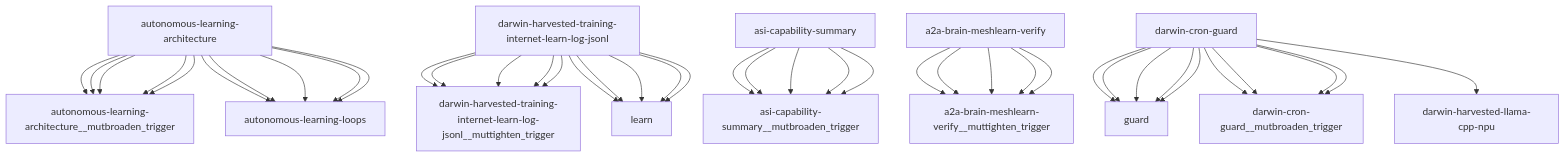
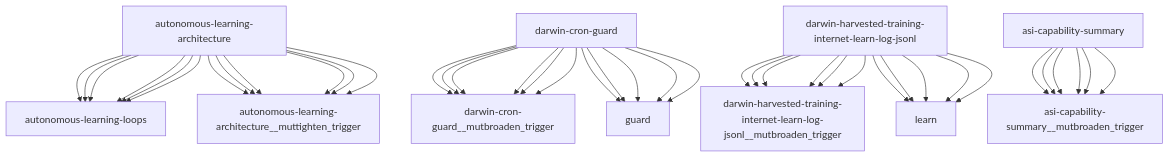
One commit to openamer/openamer changed the diagram in reports/darwin-report.md. Above: the diagram before and after it, drawn with Mermaid. The commit also changed other lines of this file and 9 other files, not shown here.

````diff
--- a/reports/darwin-report.md
+++ b/reports/darwin-report.md
@@ -75,43 +74,43 @@
 ```mermaid
 graph TD
-    autonomous-learning-architecture["autonomous-learning-architecture"] --> autonomous-learning-architecture__mutbroaden_trigger["autonomous-learning-architecture__mutbroaden_trigger"]
-    darwin-harvested-training-internet-learn-log-jsonl["darwin-harvested-training-internet-learn-log-jsonl"] --> darwin-harvested-training-internet-learn-log-jsonl__muttighten_trigger["darwin-harvested-training-internet-learn-log-jsonl__muttighten_trigger"]
+    autonomous-learning-architecture["autonomous-learning-architecture"] --> autonomous-learning-loops["autonomous-learning-loops"]
+    darwin-cron-guard["darwin-cron-guard"] --> darwin-cron-guard__mutbroaden_trigger["darwin-cron-guard__mutbroaden_trigger"]
+    darwin-harvested-training-internet-learn-log-jsonl["darwin-harvested-training-internet-learn-log-jsonl"] --> darwin-harvested-training-internet-learn-log-jsonl__mutbroaden_trigger["darwin-harvested-training-internet-learn-log-jsonl__mutbroaden_trigger"]
+    autonomous-learning-architecture["autonomous-learning-architecture"] --> autonomous-learning-architecture__muttighten_trigger["autonomous-learning-architecture__muttighten_trigger"]
     asi-capability-summary["asi-capability-summary"] --> asi-capability-summary__mutbroaden_trigger["asi-capability-summary__mutbroaden_trigger"]
-    a2a-brain-meshlearn-verify["a2a-brain-meshlearn-verify"] --> a2a-brain-meshlearn-verify__muttighten_trigger["a2a-brain-meshlearn-verify__muttighten_trigger"]
     darwin-cron-guard["darwin-cron-guard"] --> guard["guard"]
+    darwin-harvested-training-internet-learn-log-jsonl["darwin-harvested-training-internet-learn-log-jsonl"] --> learn["learn"]
     autonomous-learning-architecture["autonomous-learning-architecture"] --> autonomous-learning-loops["autonomous-learning-loops"]
+    darwin-cron-guard["darwin-cron-guard"] --> darwin-cron-guard__mutbroaden_trigger["darwin-cron-guard__mutbroaden_trigger"]
+    darwin-harvested-training-internet-learn-log-jsonl["darwin-harvested-training-internet-learn-log-jsonl"] --> darwin-harvested-training-internet-learn-log-jsonl__mutbroaden_trigger["darwin-harvested-training-internet-learn-log-jsonl__mutbroaden_trigger"]
+    autonomous-learning-architecture["autonomous-learning-architecture"] --> autonomous-learning-architecture__muttighten_trigger["autonomous-learning-architecture__muttighten_trigger"]
+    asi-capability-summary["asi-capability-summary"] --> asi-capability-summary__mutbroaden_trigger["asi-capability-summary__mutbroaden_trigger"]
+    darwin-cron-guard["darwin-cron-guard"] --> guard["guard"]
     darwin-harvested-training-internet-learn-log-jsonl["darwin-harvested-training-internet-learn-log-jsonl"] --> learn["learn"]
+    autonomous-learning-architecture["autonomous-learning-architecture"] --> autonomous-learning-loops["autonomous-learning-loops"]
     darwin-cron-guard["darwin-cron-guard"] --> darwin-cron-guard__mutbroaden_trigger["darwin-cron-guard__mutbroaden_trigger"]
-    autonomous-learning-architecture["autonomous-learning-architecture"] --> autonomous-learning-architecture__mutbroaden_trigger["autonomous-learning-architecture__mutbroaden_trigger"]
-    darwin-harvested-training-internet-learn-log-jsonl["darwin-harvested-training-internet-learn-log-jsonl"] --> darwin-harvested-training-internet-learn-log-jsonl__muttighten_trigger["darwin-harvested-training-internet-learn-log-jsonl__muttighten_trigger"]
+    darwin-harvested-training-internet-learn-log-jsonl["darwin-harvested-training-internet-learn-log-jsonl"] --> darwin-harvested-training-internet-learn-log-jsonl__mutbroaden_trigger["darwin-harvested-training-internet-learn-log-jsonl__mutbroaden_trigger"]
+    autonomous-learning-architecture["autonomous-learning-architecture"] --> autonomous-learning-architecture__muttighten_trigger["autonomous-learning-architecture__muttighten_trigger"]
     asi-capability-summary["asi-capability-summary"] --> asi-capability-summary__mutbroaden_trigger["asi-capability-summary__mutbroaden_trigger"]
-    a2a-brain-meshlearn-verify["a2a-brain-meshlearn-verify"] --> a2a-brain-meshlearn-verify__muttighten_trigger["a2a-brain-meshlearn-verify__muttighten_trigger"]
+    darwin-cron-guard["darwin-cron-guard"] --> darwin-cron-guard__mutbroaden_trigger["darwin-cron-guard__mutbroaden_trigger"]
+    darwin-harvested-training-internet-learn-log-jsonl["darwin-harvested-training-internet-learn-log-jsonl"] --> darwin-harvested-training-internet-learn-log-jsonl__mutbroaden_trigger["darwin-harvested-training-internet-learn-log-jsonl__mutbroaden_trigger"]
+    autonomous-learning-architecture["autonomous-learning-architecture"] --> autonomous-learning-architecture__muttighten_trigger["autonomous-learning-architecture__muttighten_trigger"]
+    asi-capability-summary["asi-capability-summary"] --> asi-capability-summary__mutbroaden_trigger["asi-capability-summary__mutbroaden_trigger"]
     darwin-cron-guard["darwin-cron-guard"] --> guard["guard"]
+    darwin-harvested-training-internet-learn-log-jsonl["darwin-harvested-training-internet-learn-log-jsonl"] --> learn["learn"]
     autonomous-learning-architecture["autonomous-learning-architecture"] --> autonomous-learning-loops["autonomous-learning-loops"]
+    darwin-cron-guard["darwin-cron-guard"] --> darwin-cron-guard__mutbroaden_trigger["darwin-cron-guard__mutbroaden_trigger"]
+    darwin-harvested-training-internet-learn-log-jsonl["darwin-harvested-training-internet-learn-log-jsonl"] --> darwin-harvested-training-internet-learn-log-jsonl__mutbroaden_trigger["darwin-harvested-training-internet-learn-log-jsonl__mutbroaden_trigger"]
+    autonomous-learning-architecture["autonomous-learning-architecture"] --> autonomous-learning-architecture__muttighten_trigger["autonomous-learning-architecture__muttighten_trigger"]
+    asi-capability-summary["asi-capability-summary"] --> asi-capability-summary__mutbroaden_trigger["asi-capability-summary__mutbroaden_trigger"]
+    darwin-cron-guard["darwin-cron-guard"] --> guard["guard"]
     darwin-harvested-training-internet-learn-log-jsonl["darwin-harvested-training-internet-learn-log-jsonl"] --> learn["learn"]
+    autonomous-learning-architecture["autonomous-learning-architecture"] --> autonomous-learning-loops["autonomous-learning-loops"]
     darwin-cron-guard["darwin-cron-guard"] --> darwin-cron-guard__mutbroaden_trigger["darwin-cron-guard__mutbroaden_trigger"]
-    autonomous-learning-architecture["autonomous-learning-architecture"] --> autonomous-learning-architecture__mutbroaden_trigger["autonomous-learning-architecture__mutbroaden_trigger"]
-    darwin-harvested-training-internet-learn-log-jsonl["darwin-harvested-training-internet-learn-log-jsonl"] --> darwin-harvested-training-internet-learn-log-jsonl__muttighten_trigger["darwin-harvested-training-internet-learn-log-jsonl__muttighten_trigger"]
+    darwin-harvested-training-internet-learn-log-jsonl["darwin-harvested-training-internet-learn-log-jsonl"] --> darwin-harvested-training-internet-learn-log-jsonl__mutbroaden_trigger["darwin-harvested-training-internet-learn-log-jsonl__mutbroaden_trigger"]
+    autonomous-learning-architecture["autonomous-learning-architecture"] --> autonomous-learning-architecture__muttighten_trigger["autonomous-learning-architecture__muttighten_trigger"]
     asi-capability-summary["asi-capability-summary"] --> asi-capability-summary__mutbroaden_trigger["asi-capability-summary__mutbroaden_trigger"]
-    a2a-brain-meshlearn-verify["a2a-brain-meshlearn-verify"] --> a2a-brain-meshlearn-verify__muttighten_trigger["a2a-brain-meshlearn-verify__muttighten_trigger"]
     darwin-cron-guard["darwin-cron-guard"] --> guard["guard"]
+    darwin-harvested-training-internet-learn-log-jsonl["darwin-harvested-training-internet-learn-log-jsonl"] --> learn["learn"]
     autonomous-learning-architecture["autonomous-learning-architecture"] --> autonomous-learning-loops["autonomous-learning-loops"]
-    darwin-harvested-training-internet-learn-log-jsonl["darwin-harvested-training-internet-learn-log-jsonl"] --> learn["learn"]
-    darwin-cron-guard["darwin-cron-guard"] --> darwin-cron-guard__mutbroaden_trigger["darwin-cron-guard__mutbroaden_trigger"]
-    autonomous-learning-architecture["autonomous-learning-architecture"] --> autonomous-learning-architecture__mutbroaden_trigger["autonomous-learning-architecture__mutbroaden_trigger"]
-    darwin-harvested-training-internet-learn-log-jsonl["darwin-harvested-training-internet-learn-log-jsonl"] --> darwin-harvested-training-internet-learn-log-jsonl__muttighten_trigger["darwin-harvested-training-internet-learn-log-jsonl__muttighten_trigger"]
-    asi-capability-summary["asi-capability-summary"] --> asi-capability-summary__mutbroaden_trigger["asi-capability-summary__mutbroaden_trigger"]
-    a2a-brain-meshlearn-verify["a2a-brain-meshlearn-verify"] --> a2a-brain-meshlearn-verify__muttighten_trigger["a2a-brain-meshlearn-verify__muttighten_trigger"]
-    darwin-cron-guard["darwin-cron-guard"] --> guard["guard"]
-    autonomous-learning-architecture["autonomous-learning-architecture"] --> autonomous-learning-loops["autonomous-learning-loops"]
-    darwin-harvested-training-internet-learn-log-jsonl["darwin-harvested-training-internet-learn-log-jsonl"] --> learn["learn"]
-    darwin-cron-guard["darwin-cron-guard"] --> darwin-cron-guard__mutbroaden_trigger["darwin-cron-guard__mutbroaden_trigger"]
-    autonomous-learning-architecture["autonomous-learning-architecture"] --> autonomous-learning-architecture__mutbroaden_trigger["autonomous-learning-architecture__mutbroaden_trigger"]
-    darwin-harvested-training-internet-learn-log-jsonl["darwin-harvested-training-internet-learn-log-jsonl"] --> darwin-harvested-training-internet-learn-log-jsonl__muttighten_trigger["darwin-harvested-training-internet-learn-log-jsonl__muttighten_trigger"]
-    asi-capability-summary["asi-capability-summary"] --> asi-capability-summary__mutbroaden_trigger["asi-capability-summary__mutbroaden_trigger"]
-    a2a-brain-meshlearn-verify["a2a-brain-meshlearn-verify"] --> a2a-brain-meshlearn-verify__muttighten_trigger["a2a-brain-meshlearn-verify__muttighten_trigger"]
-    darwin-cron-guard["darwin-cron-guard"] --> darwin-harvested-llama-cpp-npu["darwin-harvested-llama-cpp-npu"]
-    darwin-cron-guard["darwin-cron-guard"] --> guard["guard"]
-    autonomous-learning-architecture["autonomous-learning-architecture"] --> autonomous-learning-loops["autonomous-learning-loops"]
-    darwin-harvested-training-internet-learn-log-jsonl["darwin-harvested-training-internet-learn-log-jsonl"] --> learn["learn"]
 ```
````
